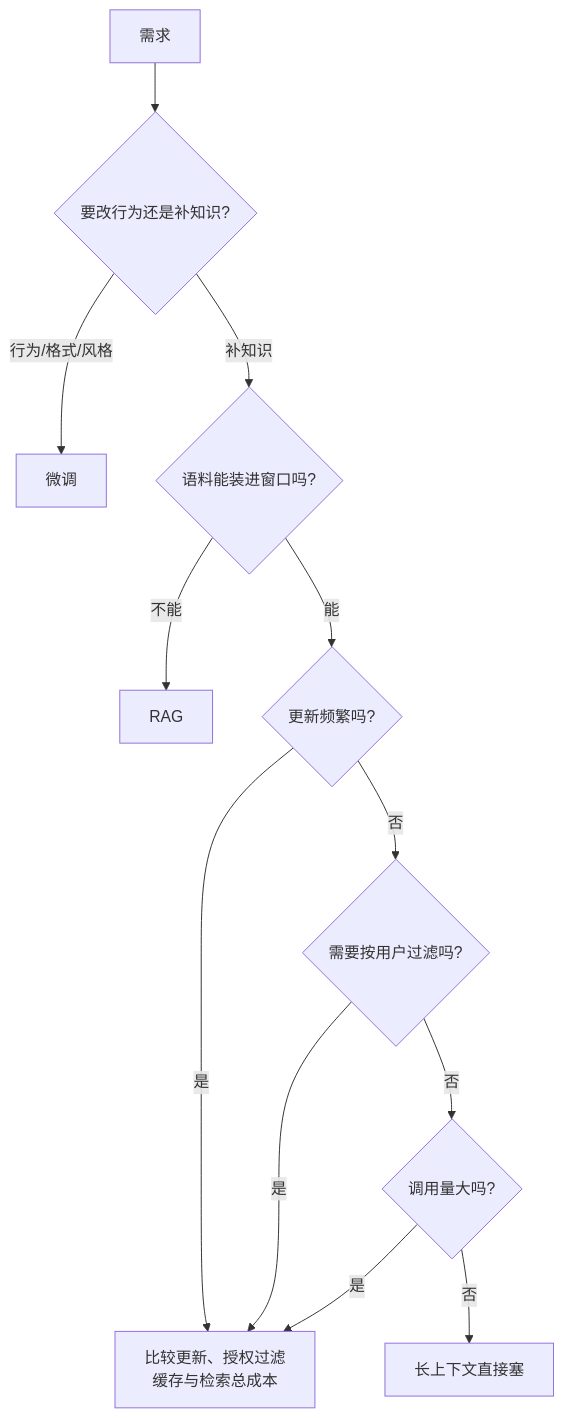
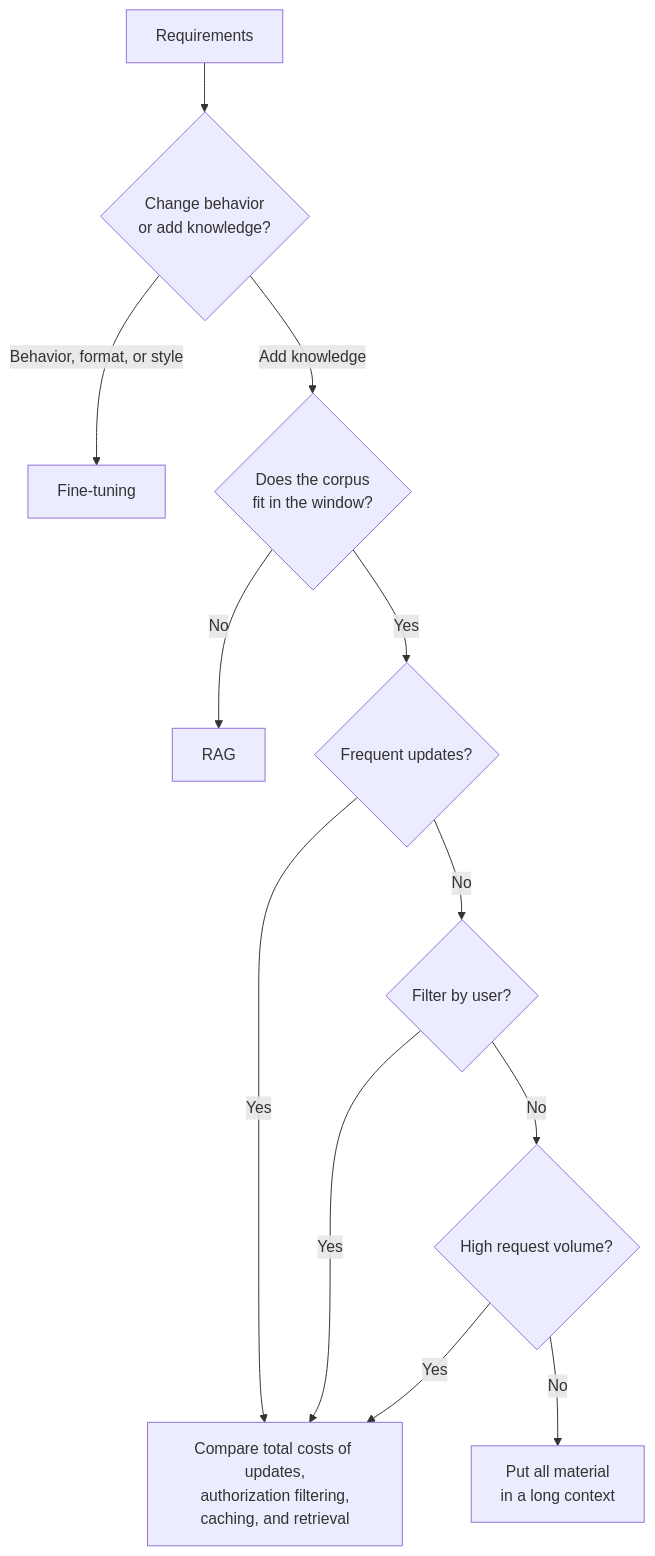
One commit to oneleaveknowsthefall/awesome-ai-roadmap changed the third of 3 diagrams in docs/rag/01-foundations/02-rag-finetune-longcontext.md. Above: the diagram before and after it, drawn with Mermaid. The commit also changed other lines of this file and 60 other files, not shown here.

````diff
--- a/docs/rag/01-foundations/02-rag-finetune-longcontext.md
+++ b/docs/rag/01-foundations/02-rag-finetune-longcontext.md
@@ -157,14 +157,14 @@
 ```mermaid
 flowchart TB
-    S[需求] --> A{要改行为还是补知识?}
-    A -->|行为/格式/风格| FT[微调]
-    A -->|补知识| B{语料能装进窗口吗?}
-    B -->|不能| RAG[RAG]
-    B -->|能| C{更新频繁吗?}
-    C -->|是| COMP[比较更新、授权过滤<br/>缓存与检索总成本]
-    C -->|否| D{需要按用户过滤吗?}
-    D -->|是| COMP
-    D -->|否| E{调用量大吗?}
-    E -->|是| COMP
-    E -->|否| LC[长上下文直接塞]
+    S[Requirements] --> A{Change behavior<br/>or add knowledge?}
+    A -->|Behavior, format, or style| FT[Fine-tuning]
+    A -->|Add knowledge| B{Does the corpus<br/>fit in the window?}
+    B -->|No| RAG[RAG]
+    B -->|Yes| C{Frequent updates?}
+    C -->|Yes| COMP[Compare total costs of updates,<br/>authorization filtering,<br/>caching, and retrieval]
+    C -->|No| D{Filter by user?}
+    D -->|Yes| COMP
+    D -->|No| E{High request volume?}
+    E -->|Yes| COMP
+    E -->|No| LC[Put all material<br/>in a long context]
 ```
````
